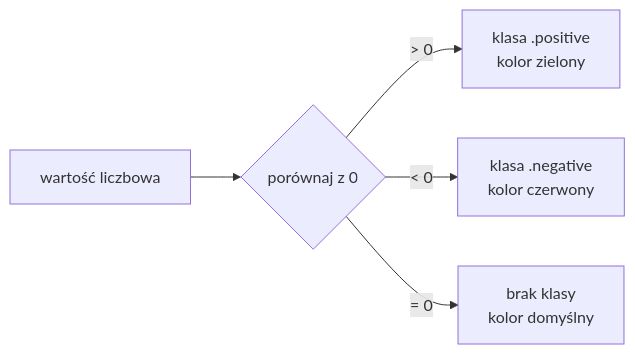
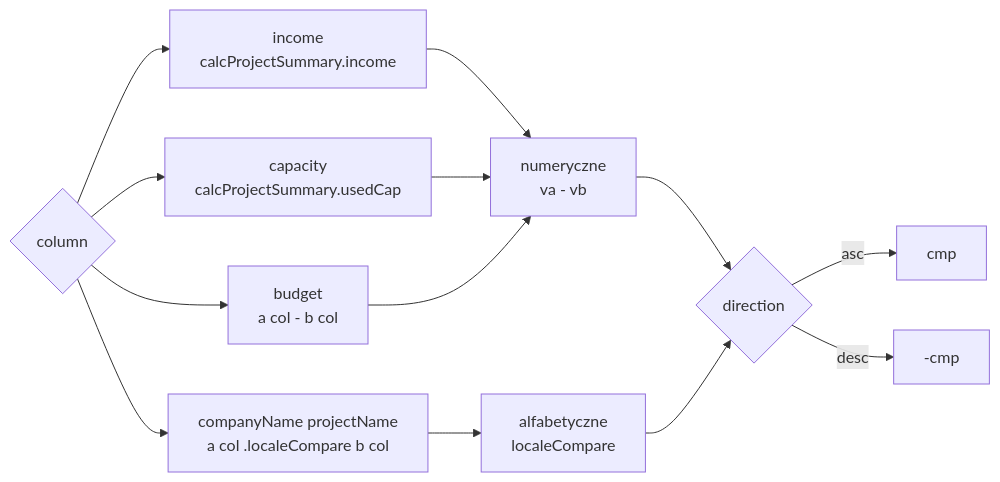
Before and after one commit to AlanKowalzky/dashboard-project: the sixth of 10 diagrams in doc/etap4_mermaid.md, drawn with Mermaid. The commit also changed other lines of this file and 10 other files, not shown here.

````diff
--- a/doc/etap4_mermaid.md
+++ b/doc/etap4_mermaid.md
@@ -80,7 +132,12 @@
 ```mermaid
 flowchart LR
-    VALUE[wartość liczbowa] --> CHECK{porównaj z 0}
-    CHECK -- > 0 --> POS[klasa .positive\nkolor zielony]
-    CHECK -- < 0 --> NEG[klasa .negative\nkolor czerwony]
-    CHECK -- = 0 --> NEUTRAL[brak klasy\nkolor domyślny]
+    COL{column} --> INC[income\ncalcProjectSummary.income]
+    COL --> CAP[capacity\ncalcProjectSummary.usedCap]
+    COL --> STR[companyName projectName\na col .localeCompare b col]
+    COL --> NUM[budget\na col - b col]
+    INC & CAP & NUM --> NUMSORT[numeryczne\nva - vb]
+    STR --> STRSORT[alfabetyczne\nlocaleCompare]
+    NUMSORT & STRSORT --> DIR{direction}
+    DIR -- asc --> CMP[cmp]
+    DIR -- desc --> NEG[-cmp]
 ```
````
